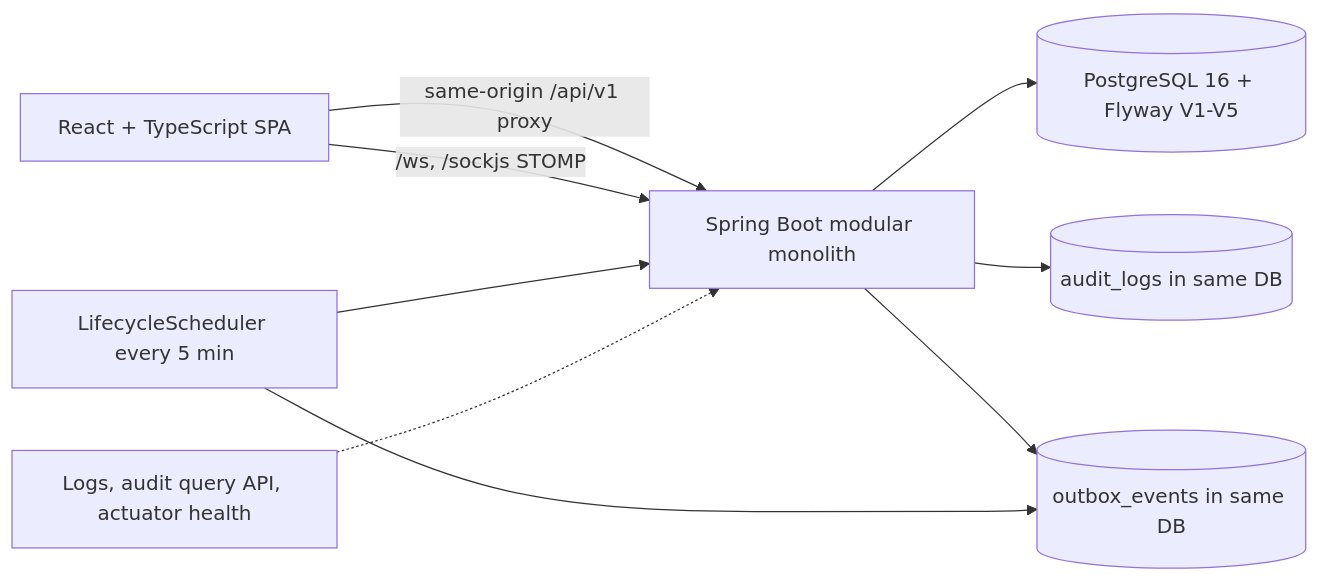
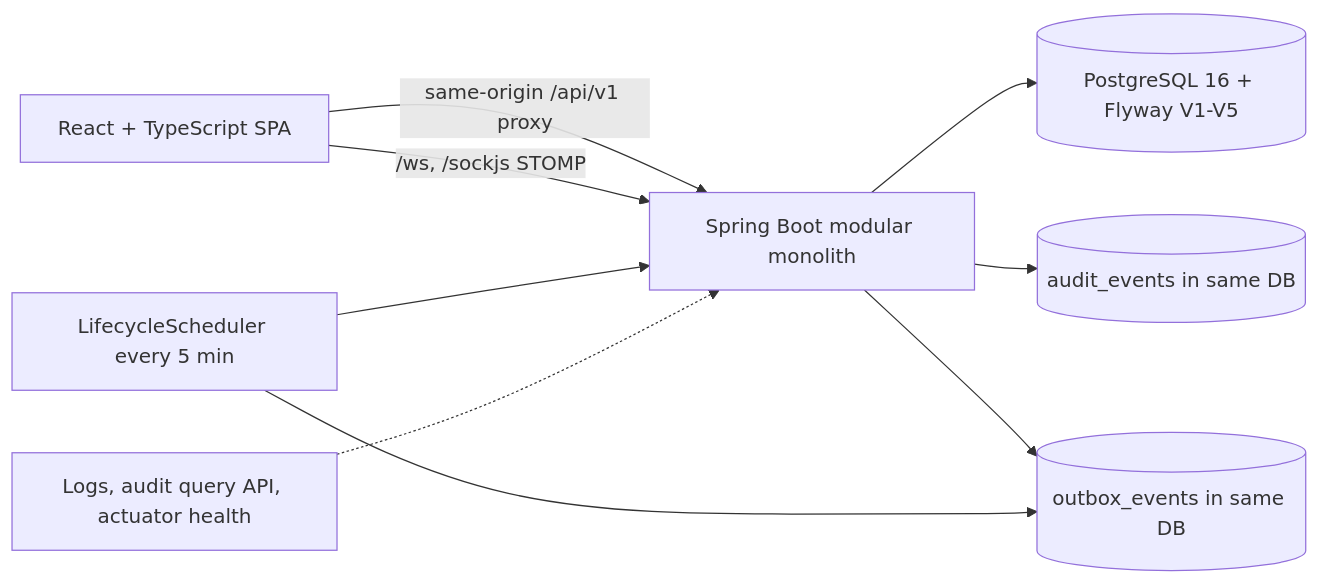
One commit to karkalashivareddy/Advanced-Object-Oriented-Programming-Project changed the first of 4 diagrams in project/docs/architecture/SYSTEM_ARCHITECTURE.md. Above: the diagram before and after it, drawn with Mermaid. The commit also changed other lines of this file and 39 other files, not shown here.

Commit message:
docs: reconcile architecture, abstract, evidence, and user guides

````diff
--- a/project/docs/architecture/SYSTEM_ARCHITECTURE.md
+++ b/project/docs/architecture/SYSTEM_ARCHITECTURE.md
@@ -24,11 +24,11 @@
 ```mermaid
 flowchart LR
     UI[React + TypeScript SPA] -->|same-origin /api/v1 proxy| API[Spring Boot modular monolith]
     UI -->|/ws, /sockjs STOMP| API
     API --> PG[(PostgreSQL 16 + Flyway V1-V5)]
-    API --> AUDIT[(audit_logs in same DB)]
+    API --> AUDIT[(audit_events in same DB)]
     API --> OUT[(outbox_events in same DB)]
     S[LifecycleScheduler every 5 min] --> OUT
     S --> API
     OBS[Logs, audit query API, actuator health] -.-> API
 ```
````
